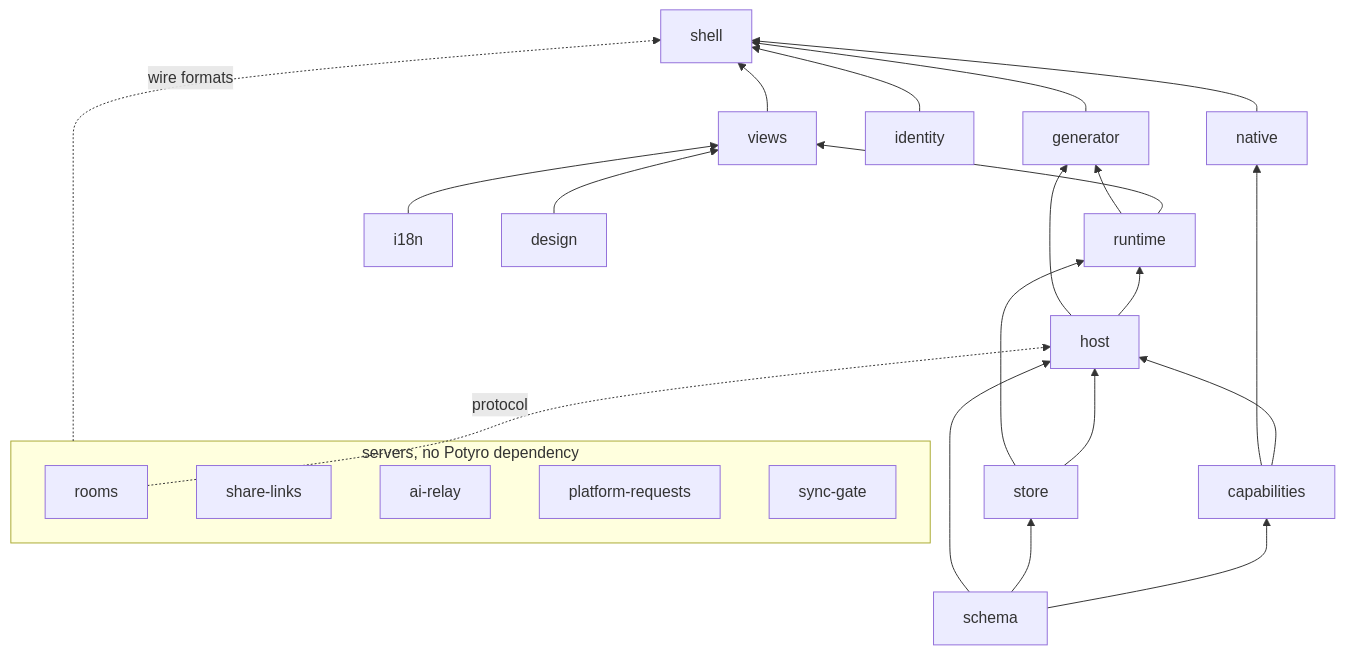
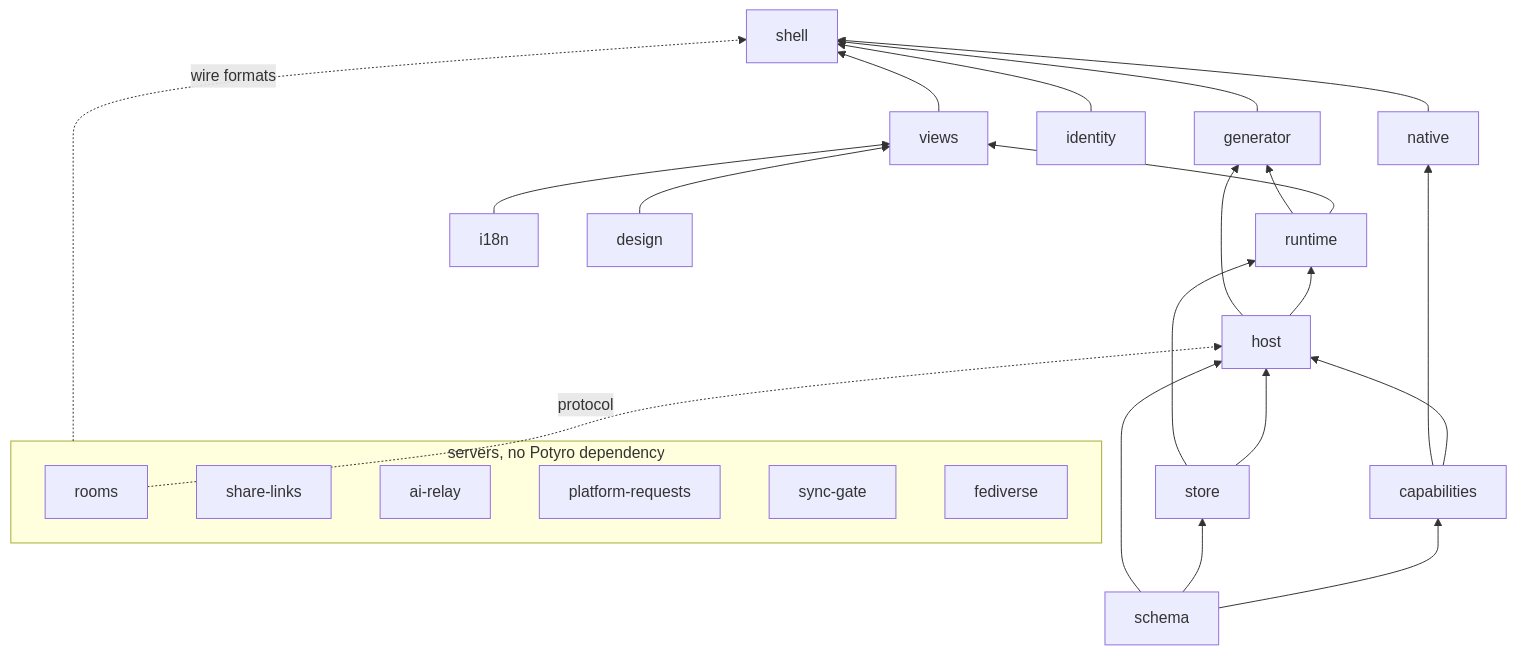
One commit to potyro-app/potyro changed the second of 9 diagrams in docs/00-how-potyro-works.md. Above: the diagram before and after it, drawn with Mermaid. The commit also changed other lines of this file and 48 other files, not shown here.

````diff
--- a/docs/00-how-potyro-works.md
+++ b/docs/00-how-potyro-works.md
@@ -190,29 +191,30 @@
 ```mermaid
 flowchart BT
   schema --> capabilities
   schema --> store
   schema --> host
   store --> host
   capabilities --> host
   rooms -. protocol .-> host
   host --> runtime
   store --> runtime
   runtime --> views
   i18n --> views
   design --> views
   runtime --> generator
   host --> generator
   views --> shell
   generator --> shell
   identity --> shell
   native --> shell
   capabilities --> native
   subgraph servers [servers, no Potyro dependency]
     sharelinks[share-links]
     airelay[ai-relay]
     platreq[platform-requests]
     syncgate[sync-gate]
+    fediverse
     rooms
   end
   servers -. wire formats .-> shell
 ```
````
